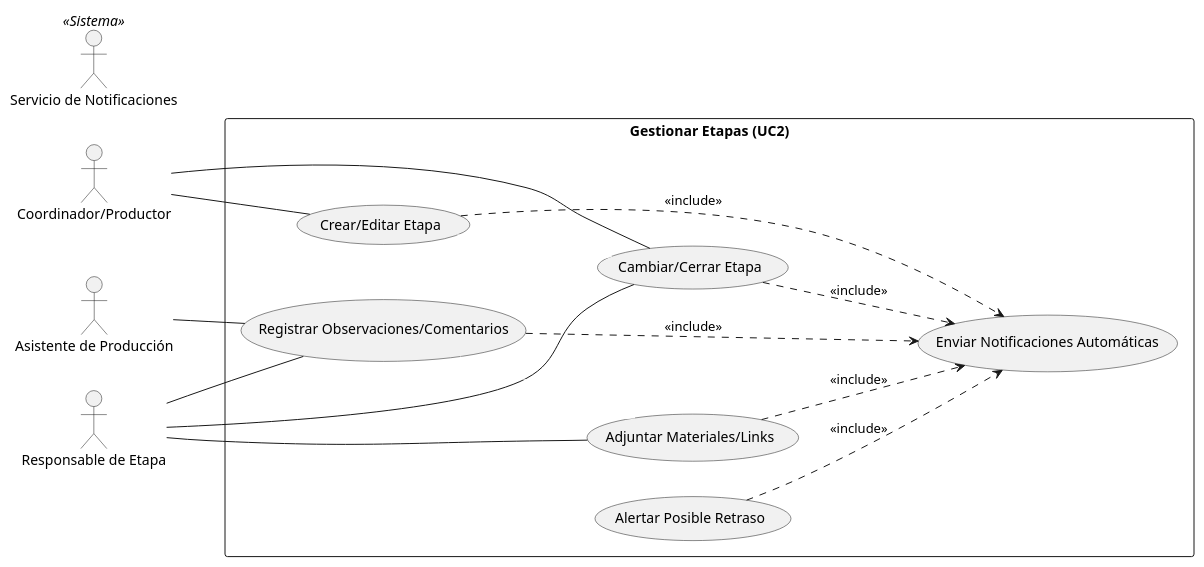
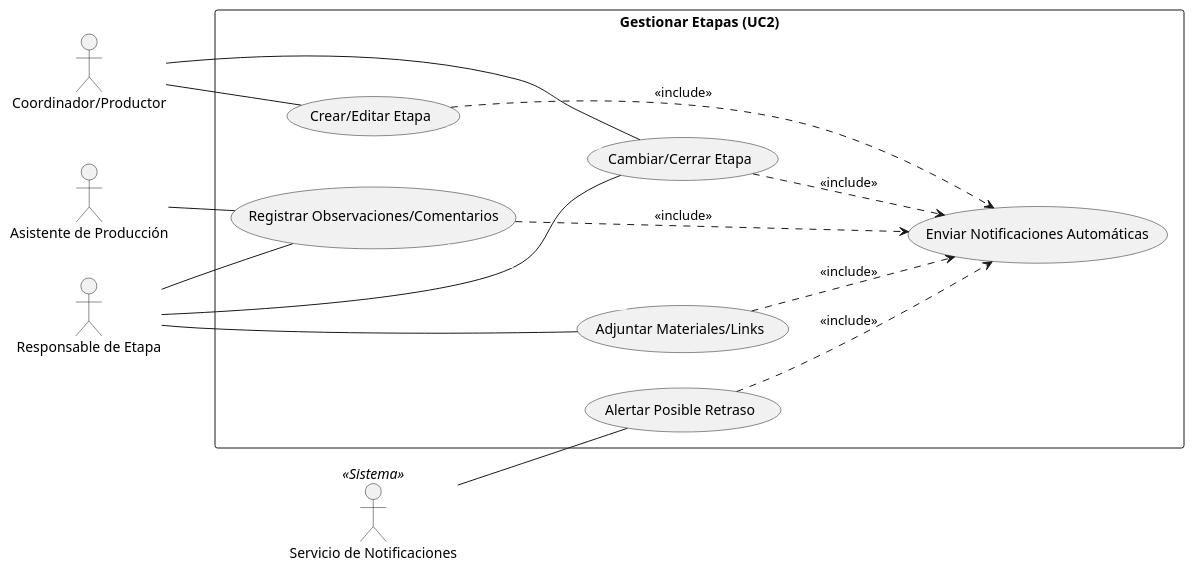
The diagram in diagramas/02-casos-de-uso/02-caso-uso-gestionar-etapas-02.puml (GonzaloBarbano/SistemaProductoraVideos), drawn with PlantUML before and after one commit. The commit also changed 4 other files, not shown here.

```diff
--- a/diagramas/02-casos-de-uso/02-caso-uso-gestionar-etapas-02.puml
+++ b/diagramas/02-casos-de-uso/02-caso-uso-gestionar-etapas-02.puml
@@ -1,37 +1,36 @@
 @startuml
 left to right direction
 
 actor "Coordinador/Productor" as Prod
 actor "Responsable de Etapa" as Resp
 actor "Asistente de Producción" as Asist
 actor "Servicio de Notificaciones" as Notif <<Sistema>>
 
 rectangle "Gestionar Etapas (UC2)" {
     usecase "Crear/Editar Etapa" as CrearEtapa
     usecase "Cambiar/Cerrar Etapa" as CambiarEtapa
     usecase "Registrar Observaciones/Comentarios" as RegObs
     usecase "Adjuntar Materiales/Links" as Links
     usecase "Alertar Posible Retraso" as Alerta
     usecase "Enviar Notificaciones Automáticas" as UC5
 }
 
-' Actores
 Prod -- CrearEtapa
 Prod -- CambiarEtapa
 Resp -- CambiarEtapa
 Resp -- RegObs
 Resp -- Links
 Asist -- RegObs
 
-' Relaciones internas
+Notif -- Alerta
+
 CrearEtapa ..> UC5 : <<include>>
 CambiarEtapa ..> UC5 : <<include>>
 RegObs ..> UC5 : <<include>>
 Links ..> UC5 : <<include>>
 Alerta ..> UC5 : <<include>>
 
-' Flechas ocultas para acomodar
 CrearEtapa -[#white]-> CambiarEtapa
 RegObs -[#white]-> Links
 
 @enduml
```
